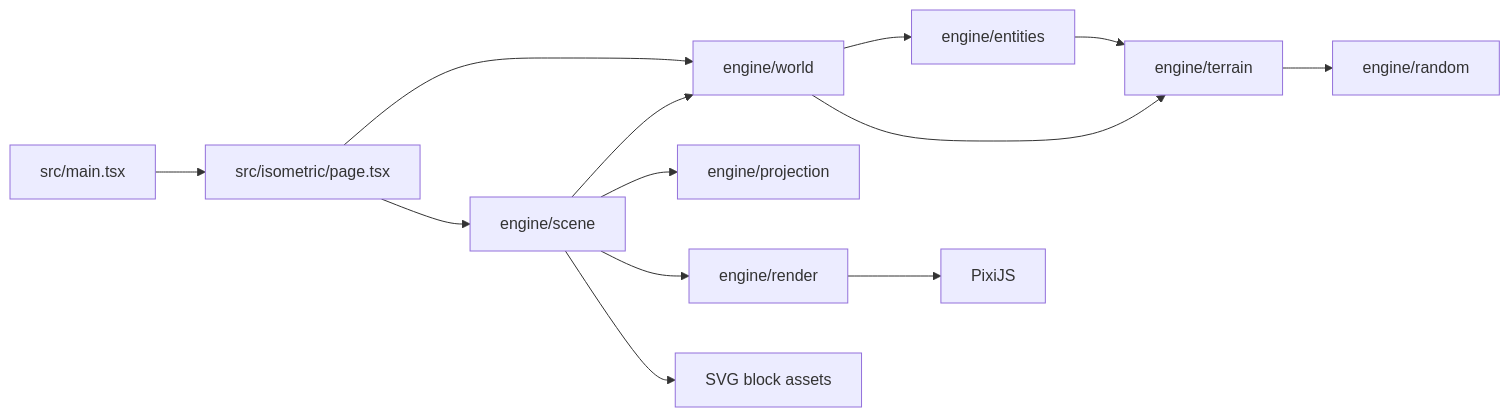
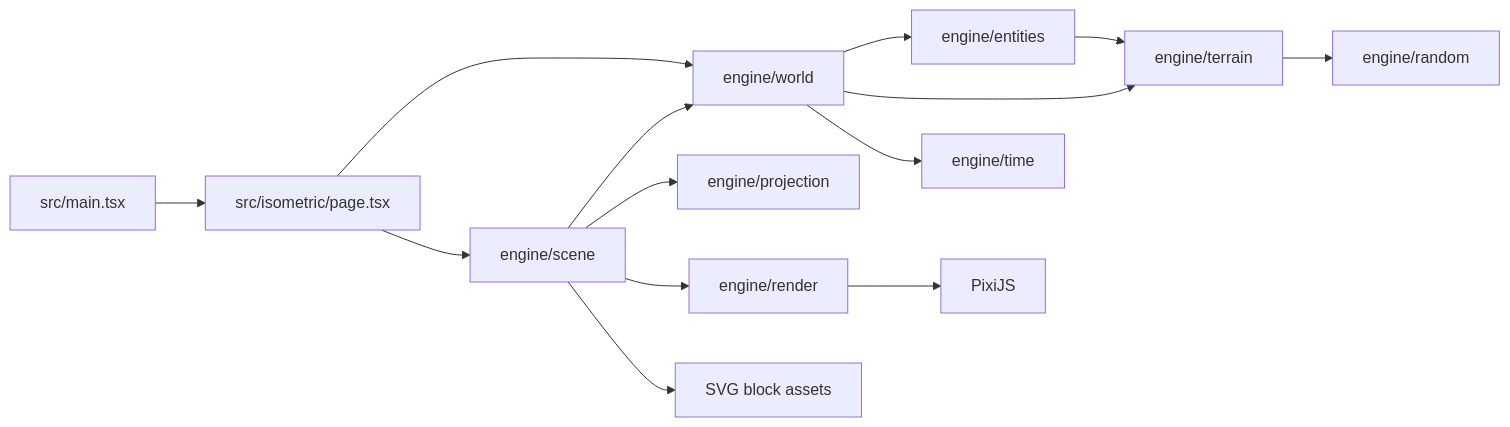
One commit to alexsantos-eth/armada-engine changed the diagram in ARCHITECTURE.md. Above: the diagram before and after it, drawn with Mermaid. The commit also changed other lines of this file and 15 other files, not shown here.

````diff
--- a/ARCHITECTURE.md
+++ b/ARCHITECTURE.md
@@ -9,15 +9,16 @@
 ```mermaid
 flowchart LR
   Main[src/main.tsx] --> Page[src/isometric/page.tsx]
   Page --> World[engine/world]
   Page --> Scene[engine/scene]
   World --> Entities[engine/entities]
   World --> Terrain[engine/terrain]
+  World --> Time[engine/time]
   Entities --> Terrain
   Terrain --> Random[engine/random]
   Scene --> World
   Scene --> Projection[engine/projection]
   Scene --> Render[engine/render]
   Render --> Pixi[PixiJS]
   Scene --> Assets[SVG block assets]
 ```
````
